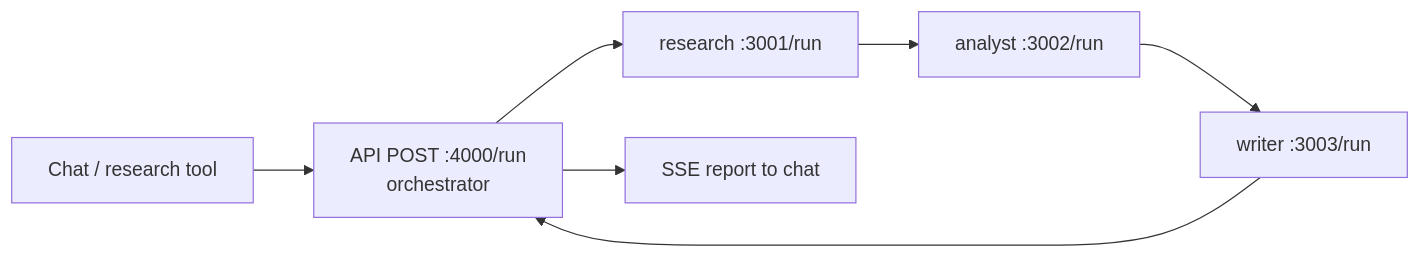
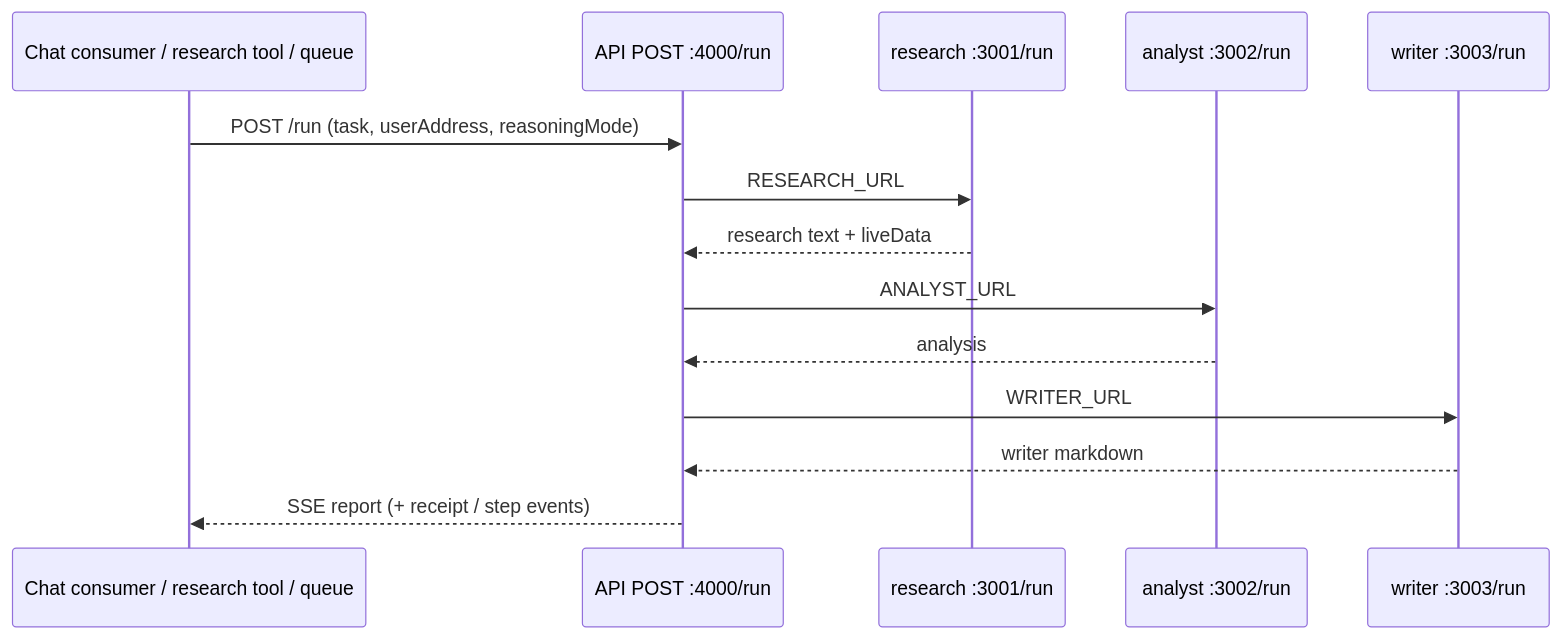
One commit to Snehal707/Agentflow changed the third of 3 diagrams in README.md. Above: the diagram before and after it, drawn with Mermaid. The commit also changed other lines of this file, not shown here.

Commit message:
Replace research flowchart with code-traced sequence diagram.

````diff
--- a/README.md
+++ b/README.md
@@ -112,9 +118,17 @@
 ```mermaid
-flowchart LR
-  Chat["Chat / research tool"] --> ApiRun["API POST :4000/run\norchestrator"]
-  ApiRun --> R["research :3001/run"]
-  R --> A["analyst :3002/run"]
-  A --> W["writer :3003/run"]
-  W --> ApiRun
-  ApiRun --> Out["SSE report to chat"]
+sequenceDiagram
+  participant Entry as Chat consumer / research tool / queue
+  participant Orch as API POST :4000/run
+  participant R as research :3001/run
+  participant A as analyst :3002/run
+  participant W as writer :3003/run
+
+  Entry->>Orch: POST /run (task, userAddress, reasoningMode)
+  Orch->>R: RESEARCH_URL
+  R-->>Orch: research text + liveData
+  Orch->>A: ANALYST_URL
+  A-->>Orch: analysis
+  Orch->>W: WRITER_URL
+  W-->>Orch: writer markdown
+  Orch-->>Entry: SSE report (+ receipt / step events)
 ```
````
